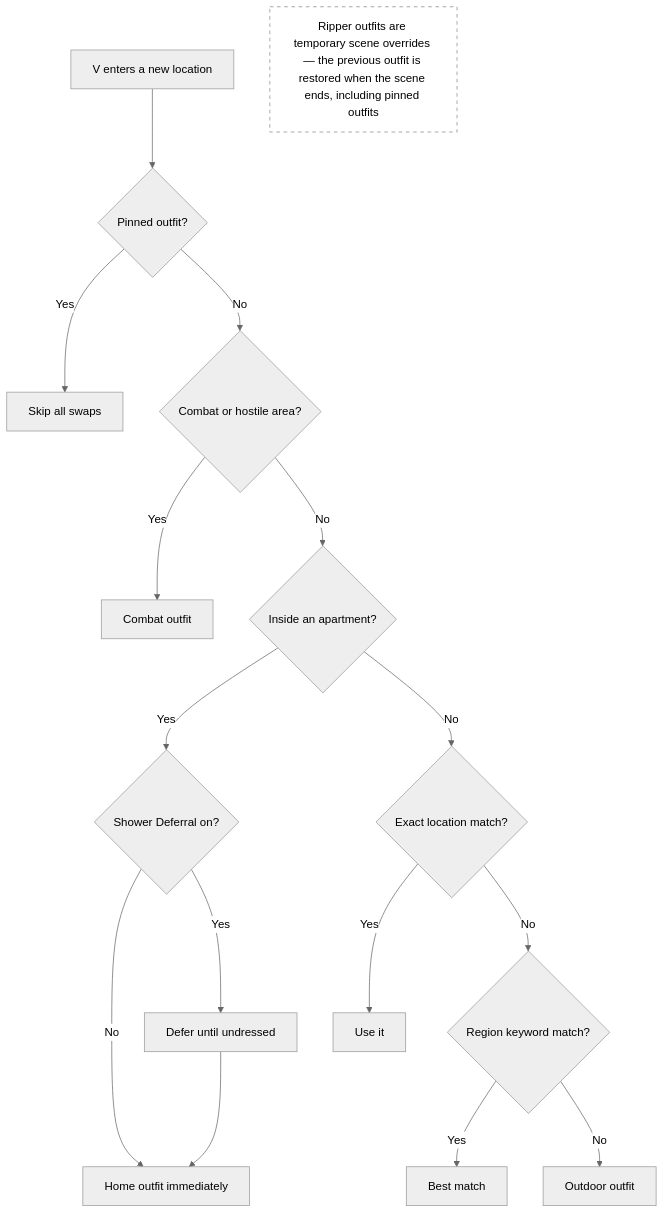
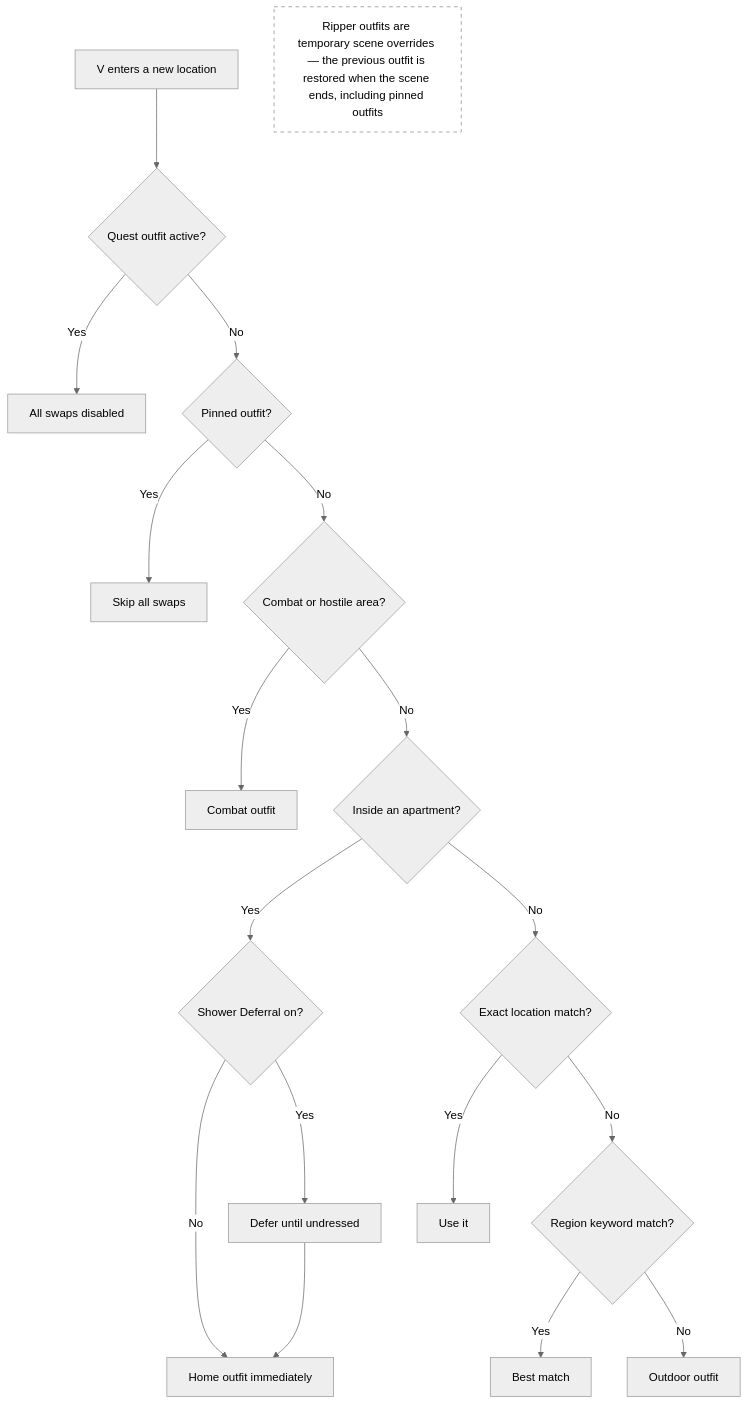
One commit to Yorivel/Dynamic-Wardrobe changed the diagram in docs/priority.md. Above: the diagram before and after it, drawn with Mermaid (neutral theme). The commit also changed other lines of this file and 1 other file, not shown here.

````diff
--- a/docs/priority.md
+++ b/docs/priority.md
@@ -42,20 +46,22 @@
 ```mermaid
 flowchart TD
-    A[V enters a new location] --> B{Pinned outfit?}
+    A[V enters a new location] --> Q{Quest outfit active?}
+    Q -- Yes --> R[All swaps disabled]
+    Q -- No --> B{Pinned outfit?}
     B -- Yes --> C[Skip all swaps]
     B -- No --> D{Combat or hostile area?}
     D -- Yes --> E[Combat outfit]
     D -- No --> F{Inside an apartment?}
     F -- Yes --> G{Shower Deferral on?}
     G -- No --> H[Home outfit immediately]
     G -- Yes --> I[Defer until undressed]
     I --> H
     F -- No --> J{Exact location match?}
     J -- Yes --> K[Use it]
     J -- No --> L{Region keyword match?}
     L -- Yes --> M[Best match]
     L -- No --> N[Outdoor outfit]
 
     style O fill:none,stroke:#888,stroke-dasharray: 5 5
     O["Ripper outfits are temporary scene overrides — the previous outfit is restored when the scene ends, including pinned outfits"]
 ```
````
